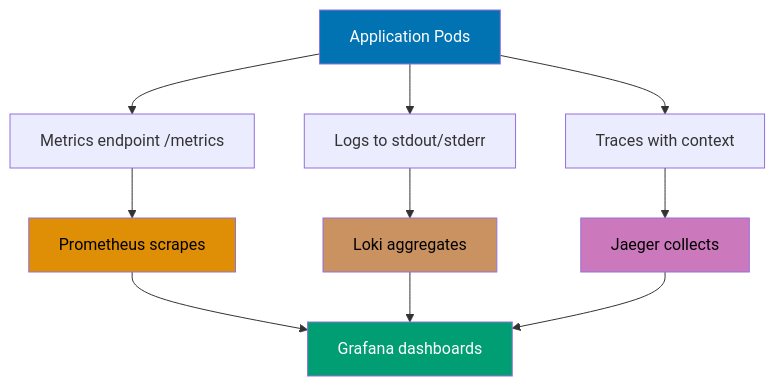
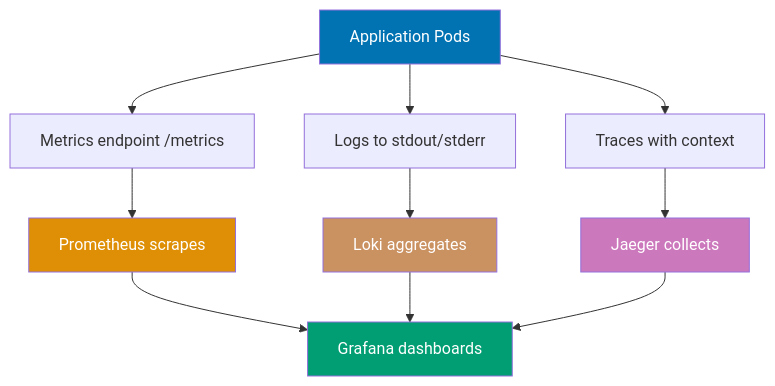
Diagram 14 of 14 in apps/ayokoding-web/content/en/learn/software-engineering/infrastructure/tools/kubernetes/by-example/advanced.md (wahidyankf/open-sharia-enterprise), drawn with Mermaid before and after one commit. The commit also changed other lines of this file and 61 other files, not shown here.

First line of the commit message:
fix(ayokoding-web): quote Mermaid node labels with special characters in Example 63

````diff
--- a/apps/ayokoding-web/content/en/learn/software-engineering/infrastructure/tools/kubernetes/by-example/advanced.md
+++ b/apps/ayokoding-web/content/en/learn/software-engineering/infrastructure/tools/kubernetes/by-example/advanced.md
@@ -3532,19 +3532,19 @@
 ```mermaid
 %% Observability stack
 graph TD
     A[Application Pods] --> B[Metrics endpoint /metrics]
     A --> C[Logs to stdout/stderr]
     A --> D[Traces with context]
     B --> E[Prometheus scrapes]
     C --> F[Loki aggregates]
     D --> G[Jaeger collects]
     E --> H[Grafana dashboards]
     F --> H
     G --> H
 
     style A fill:#0173B2,color:#fff
-    style E fill:#DE8F05,color:#000
-    style F fill:#CA9161,color:#000
-    style G fill:#CC78BC,color:#000
+    style E fill:#DE8F05,color:#fff
+    style F fill:#CA9161,color:#fff
+    style G fill:#CC78BC,color:#fff
     style H fill:#029E73,color:#fff
 ```
````
